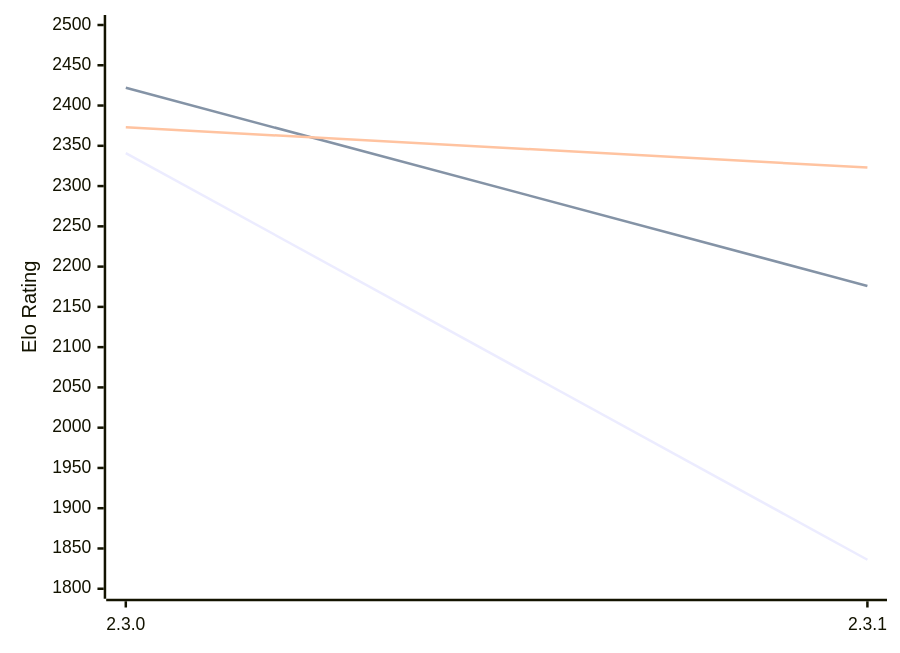
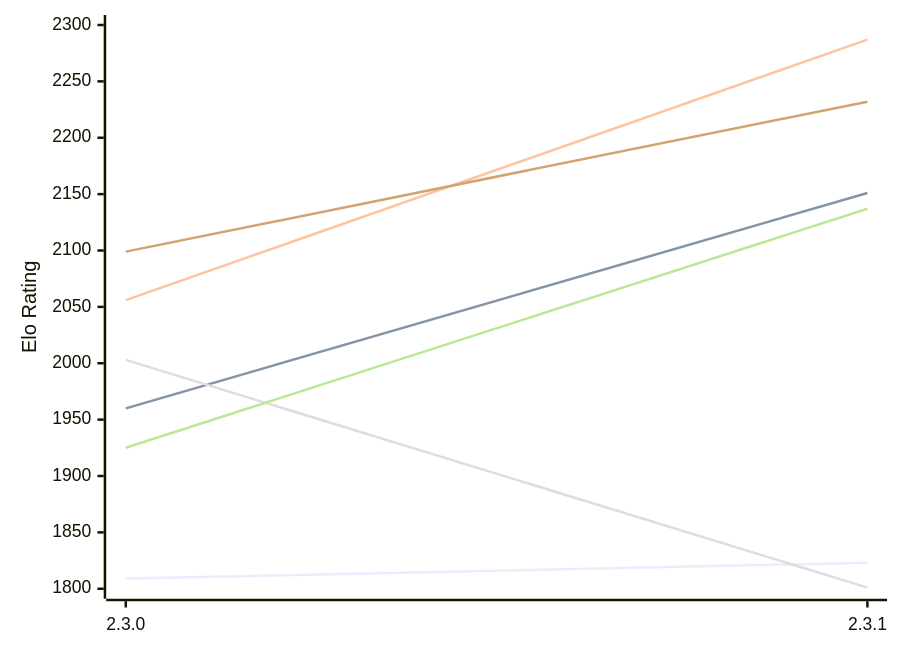
One commit to computer-chess-index/cci changed the first of 2 diagrams in engines/Kreveta.md. Above: the diagram before and after it, drawn with Mermaid. The commit also changed other lines of this file, not shown here.

Commit message:
Update CCI Ratings (ELO VLTC) - 2026-11-13

````diff
--- a/engines/Kreveta.md
+++ b/engines/Kreveta.md
@@ -58,12 +59,12 @@
 ```mermaid
 %%{init: {"theme":"base","themeVariables":{"seriesColors:['#a3a3a3','#222221','#faa371']}}}%%
 xychart-beta
   x-axis ["2.3.0", "2.3.1"]
-  y-axis "Elo Rating" 1800 --> 2500
-  line "E1: STC (8.0+0.08s)" [2341, 1836]
-  line "E1: LTC (60.0+0.60s)" [2422, 2176]
-  line "E1: VLTC (2m24s+1.12s)" [2373, 2323]
-  line "P1: STC (8.0+0.08s)" [1887]
-  line "P1: LTC (60.0+0.60s)" [2252]
-  line "P1: VLTC (2m24s+1.12s)" [2360]
+  y-axis "Elo Rating" 1800 --> 2300
+  line "E1: STC (8.0+0.08s)" [1809, 1823]
+  line "E1: LTC (60.0+0.60s)" [1960, 2151]
+  line "E1: VLTC (2m24s+1.12s)" [2056, 2287]
+  line "P1: STC (8.0+0.08s)" [2003, 1801]
+  line "P1: LTC (60.0+0.60s)" [1925, 2137]
+  line "P1: VLTC (2m24s+1.12s)" [2099, 2232]
 ```
````
